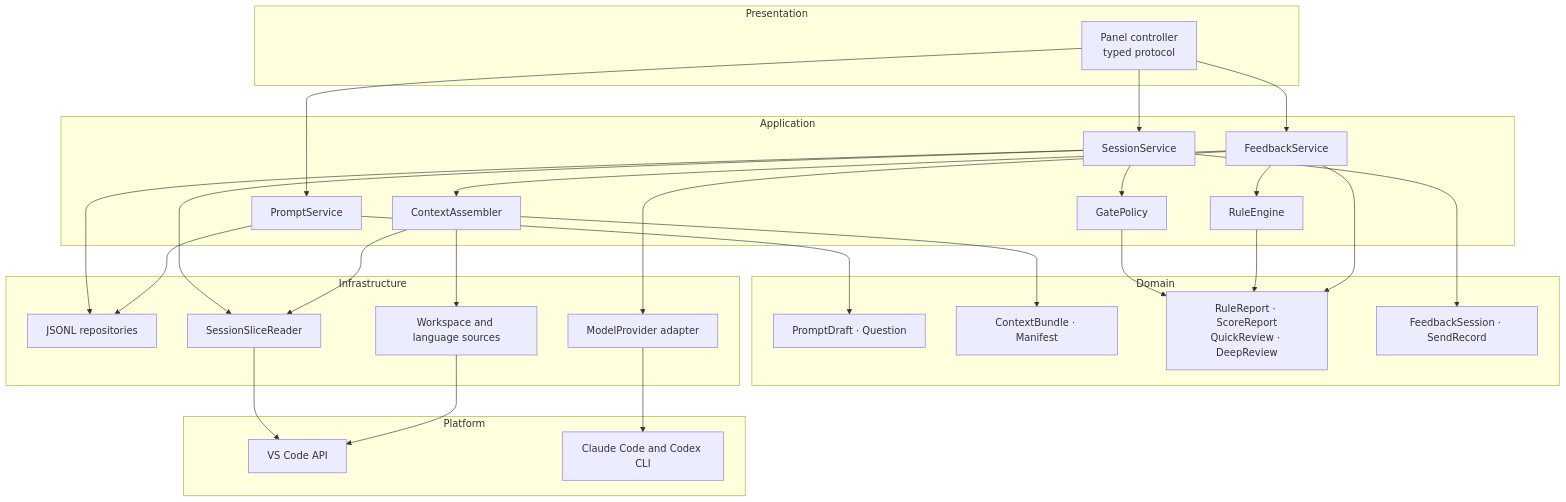
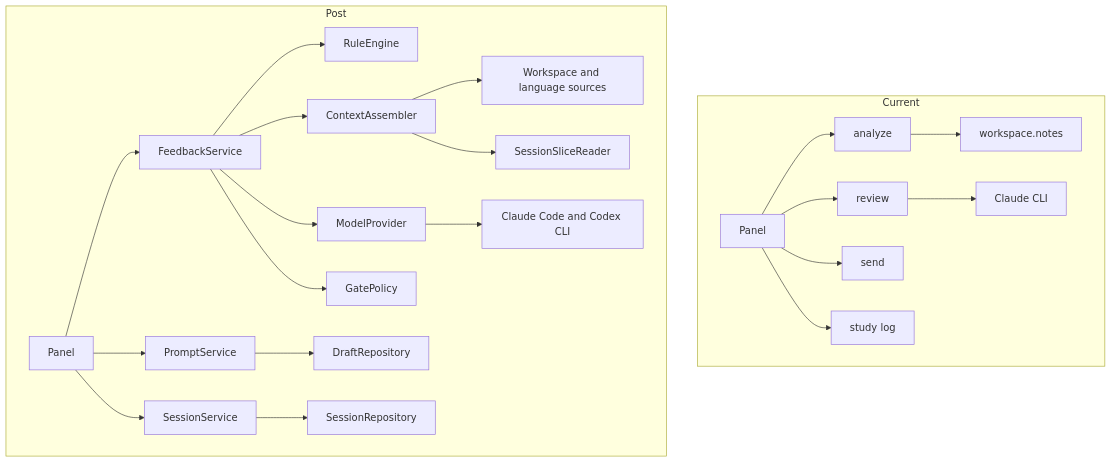
Before and after one commit to Diekgbbtt/Preflight: the first of 4 diagrams in docs/LLD.md, drawn with Mermaid. The commit also changed other lines of this file, not shown here.

Commit message:
Expand LLD with current and post UML views

````diff
--- a/docs/LLD.md
+++ b/docs/LLD.md
@@ -5,52 +9,25 @@
 ```mermaid
 flowchart TB
-  subgraph P[Presentation]
-    Panel[Panel controller<br/>typed protocol]
+  subgraph Current
+    P1[Panel] --> A1[analyze]
+    P1 --> R1[review]
+    A1 --> W1[workspace.notes]
+    R1 --> C1[Claude CLI]
+    P1 --> S1[send]
+    P1 --> L1[study log]
   end
-  subgraph A[Application]
-    Prompt[PromptService]
-    Feedback[FeedbackService]
-    Rules[RuleEngine]
-    Context[ContextAssembler]
-    Gate[GatePolicy]
-    Session[SessionService]
+  subgraph Post
+    P2[Panel] --> PS[PromptService]
+    P2 --> FS[FeedbackService]
+    P2 --> SS[SessionService]
+    FS --> RE[RuleEngine]
+    FS --> CA[ContextAssembler]
+    FS --> MP[ModelProvider]
+    FS --> GP[GatePolicy]
+    PS --> DR[DraftRepository]
+    SS --> SR[SessionRepository]
+    CA --> WS[Workspace and language sources]
+    CA --> SL[SessionSliceReader]
+    MP --> CLI[Claude Code and Codex CLI]
   end
-  subgraph D[Domain]
-    Draft[PromptDraft · Question]
-    Bundle[ContextBundle · Manifest]
-    Reports[RuleReport · ScoreReport<br/>QuickReview · DeepReview]
-    Send[FeedbackSession · SendRecord]
-  end
-  subgraph I[Infrastructure]
-    Repo[JSONL repositories]
-    Sources[Workspace and language sources]
-    Slice[SessionSliceReader]
-    Model[ModelProvider adapter]
-  end
-  subgraph Plat[Platform]
-    VSCode[VS Code API]
-    CLI[Claude Code and Codex CLI]
-  end
-
-  Panel --> Prompt
-  Panel --> Feedback
-  Panel --> Session
-  Prompt --> Draft
-  Prompt --> Repo
-  Feedback --> Rules
-  Feedback --> Context
-  Feedback --> Model
-  Feedback --> Reports
-  Rules --> Reports
-  Context --> Bundle
-  Context --> Sources
-  Context --> Slice
-  Session --> Send
-  Session --> Repo
-  Session --> Slice
-  Session --> Gate
-  Gate --> Reports
-  Sources --> VSCode
-  Slice --> VSCode
-  Model --> CLI
 ```
````
